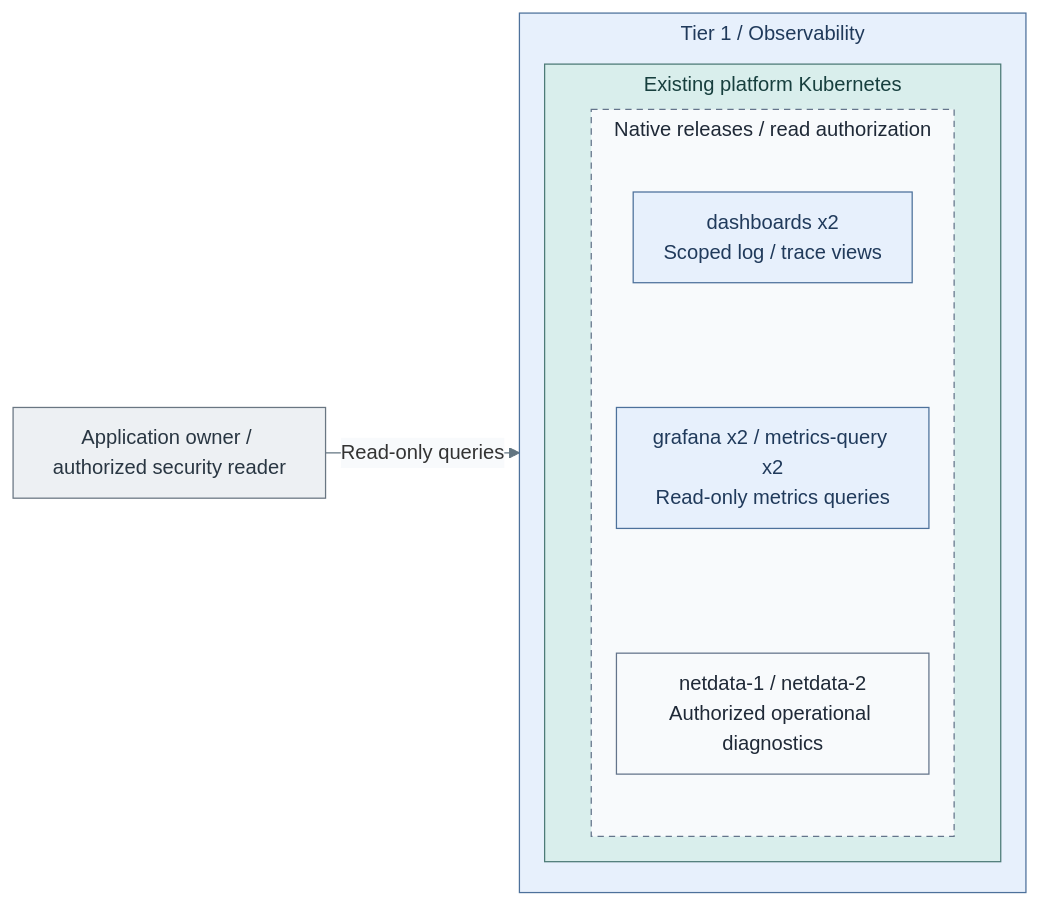
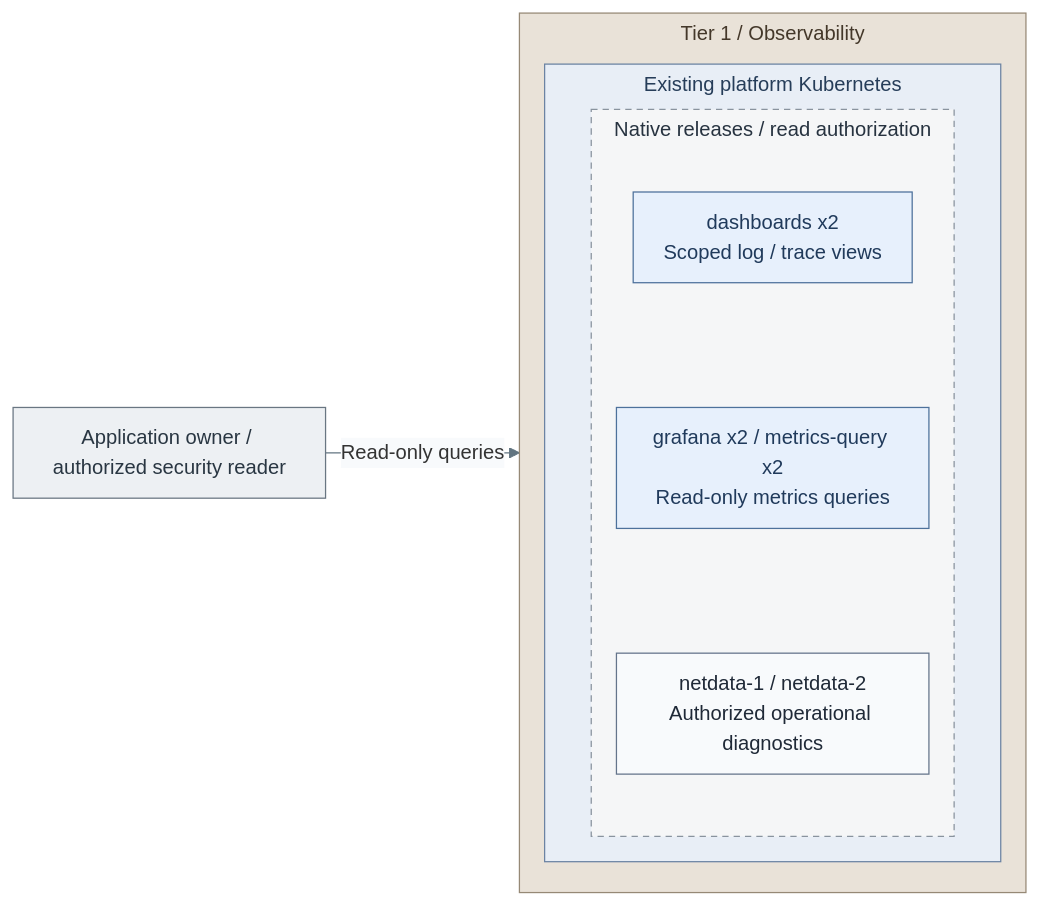
The fourth of 4 diagrams in docs/03-deployment/stage-8-observability/README.md (Rexus/homelab), drawn with Mermaid before and after one commit. The commit also changed other lines of this file and 108 other files, not shown here.

Commit message:
docs(diagrams): unify visual language and opening views

````diff
--- a/docs/03-deployment/stage-8-observability/README.md
+++ b/docs/03-deployment/stage-8-observability/README.md
@@ -487,27 +500,30 @@
 ```mermaid
 %%{init: {"theme":"base","flowchart":{"nodeSpacing":20,"rankSpacing":24,"padding":12,"subGraphTitleMargin":{"top":4,"bottom":12}},"themeVariables":{"lineColor":"#627581","edgeLabelBackground":"#f8fafc"}}}%%
 flowchart LR
   Reader["Application owner / authorized security reader"]
   subgraph T1["Tier 1 / Observability"]
     subgraph Cluster["Existing platform Kubernetes"]
       subgraph Project["Native releases / read authorization"]
         direction TB
         Search["dashboards x2<br/>Scoped log / trace views"]
         Metrics["grafana x2 / metrics-query x2<br/>Read-only metrics queries"]
         Diagnostics["netdata-1 / netdata-2<br/>Authorized operational diagnostics"]
         Search ~~~ Metrics
         Metrics ~~~ Diagnostics
       end
     end
   end
   Reader -->|Read-only queries| T1
   classDef default fill:#f8fafc,stroke:#64748b,color:#1f2937
   classDef services fill:#e7f0fc,stroke:#4d719b,color:#203a5b
   classDef runtime fill:#d9eeec,stroke:#4d7b77,color:#173f3e
-  classDef replicas fill:#f8fafc,stroke:#64748b,color:#1f2937,stroke-dasharray:5 4
+  classDef replicas fill:#f5f6f7,stroke:#89939e,color:#273340,stroke-dasharray:5 4
   classDef actor fill:#edf0f3,stroke:#697682,color:#293642
-  class T1,Search,Metrics services
-  class Cluster runtime
+  class Search,Metrics services
   class Project replicas
   class Reader actor
+  classDef kubernetes fill:#e8eef6,stroke:#6b83a3,color:#263d59
+  class Cluster kubernetes
+  classDef tier1 fill:#e9e2d8,stroke:#968976,color:#44382a
+  class T1 tier1
 ```
````
